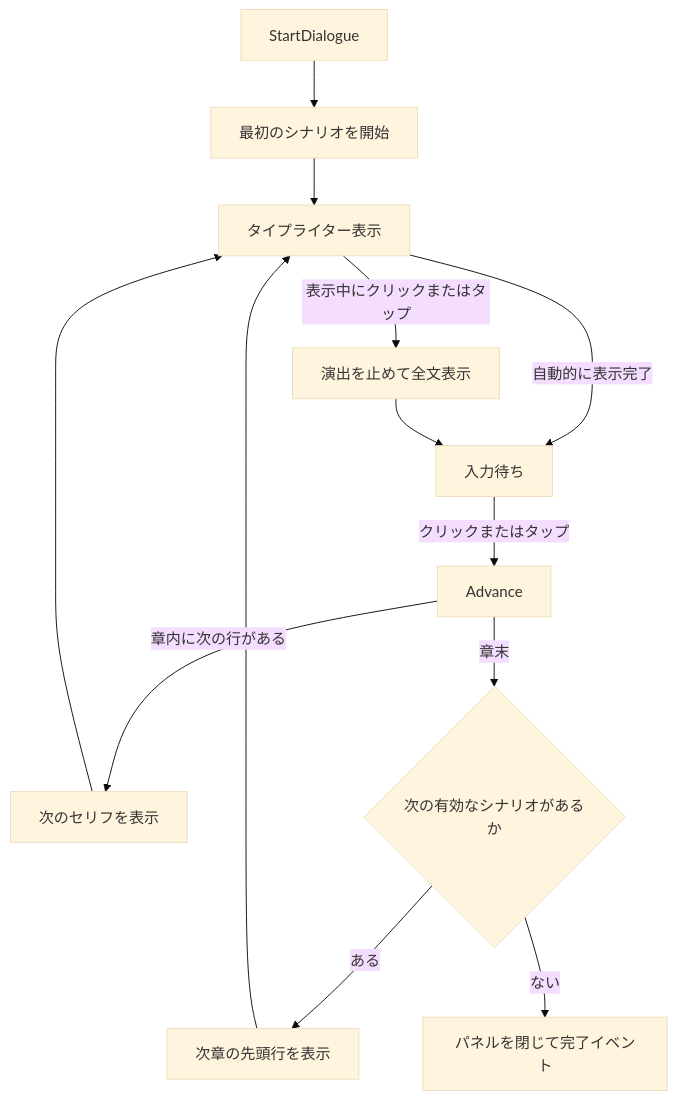
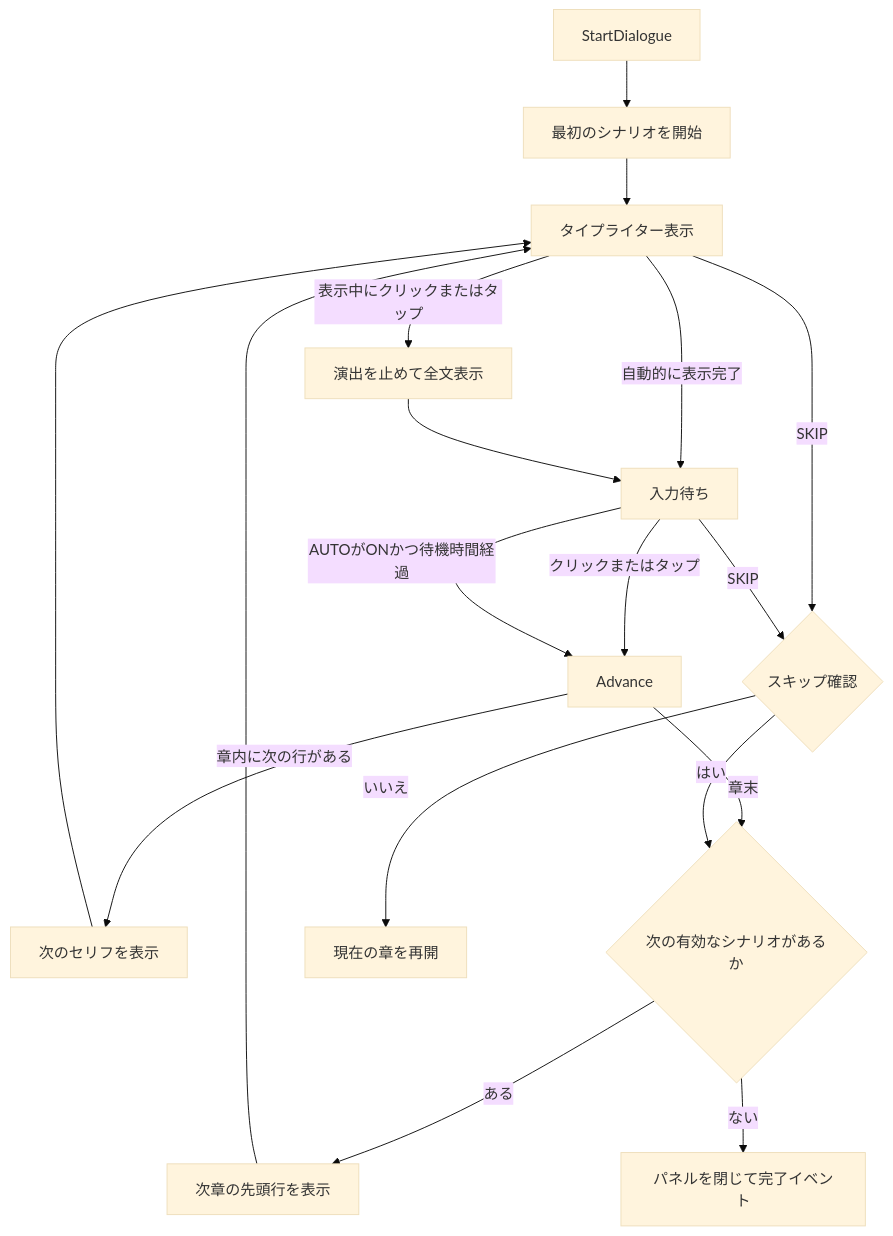
One commit to takugen31/SousakuTeam8 changed the second of 2 diagrams in Docs/DialogueSystem.md. Above: the diagram before and after it, drawn with Mermaid (base theme). The commit also changed other lines of this file and 3 other files, not shown here.

````diff
--- a/Docs/DialogueSystem.md
+++ b/Docs/DialogueSystem.md
@@ -247,15 +282,20 @@
 ```mermaid
 flowchart TD
     Start[StartDialogue] --> Prologue[最初のシナリオを開始]
     Prologue --> Typing[タイプライター表示]
     Typing -->|表示中にクリックまたはタップ| Complete[演出を止めて全文表示]
     Typing -->|自動的に表示完了| Ready[入力待ち]
     Complete --> Ready
     Ready -->|クリックまたはタップ| Advance[Advance]
+    Ready -->|AUTOがONかつ待機時間経過| Advance
     Advance -->|章内に次の行がある| NextLine[次のセリフを表示]
     Advance -->|章末| NextScenario{次の有効なシナリオがあるか}
+    Typing -->|SKIP| Confirm{スキップ確認}
+    Ready -->|SKIP| Confirm
+    Confirm -->|いいえ| Resume[現在の章を再開]
+    Confirm -->|はい| NextScenario
     NextScenario -->|ある| FirstLine[次章の先頭行を表示]
     NextScenario -->|ない| End[パネルを閉じて完了イベント]
     NextLine --> Typing
     FirstLine --> Typing
 ```
````
